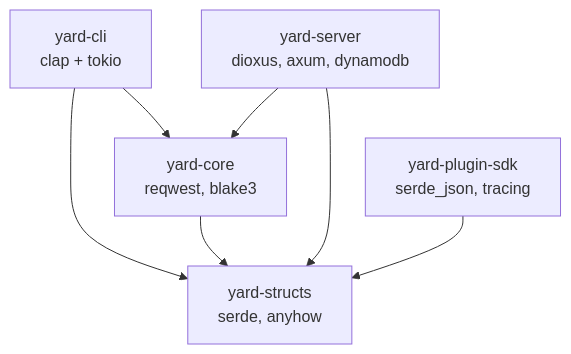
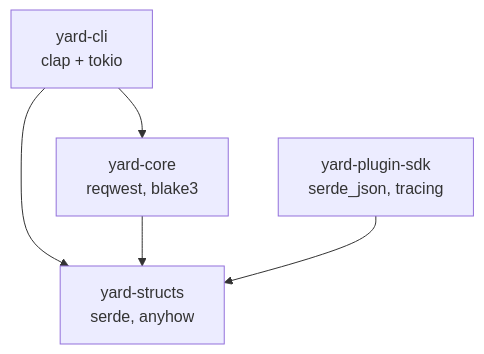
The first of 2 diagrams in docs/explanation/architecture.md (sean-mca/yard), drawn with Mermaid before and after one commit. The commit also changed other lines of this file and 15 other files, not shown here.

First line of the commit message:
docs: drop all yard-server references

````diff
--- a/docs/explanation/architecture.md
+++ b/docs/explanation/architecture.md
@@ -36,15 +35,12 @@
 ```mermaid
 graph TD
     CLI[yard-cli<br/>clap + tokio]
     CORE[yard-core<br/>reqwest, blake3]
     STRUCTS[yard-structs<br/>serde, anyhow]
-    SERVER[yard-server<br/>dioxus, axum, dynamodb]
     SDK[yard-plugin-sdk<br/>serde_json, tracing]
 
     CLI --> CORE
     CLI --> STRUCTS
     CORE --> STRUCTS
-    SERVER --> CORE
-    SERVER --> STRUCTS
     SDK --> STRUCTS
 ```
````
